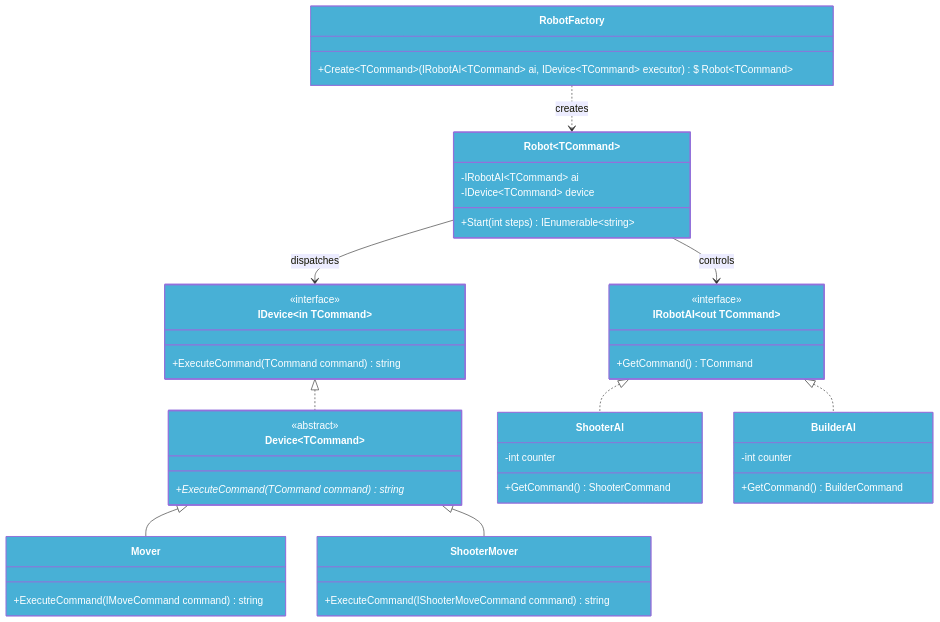
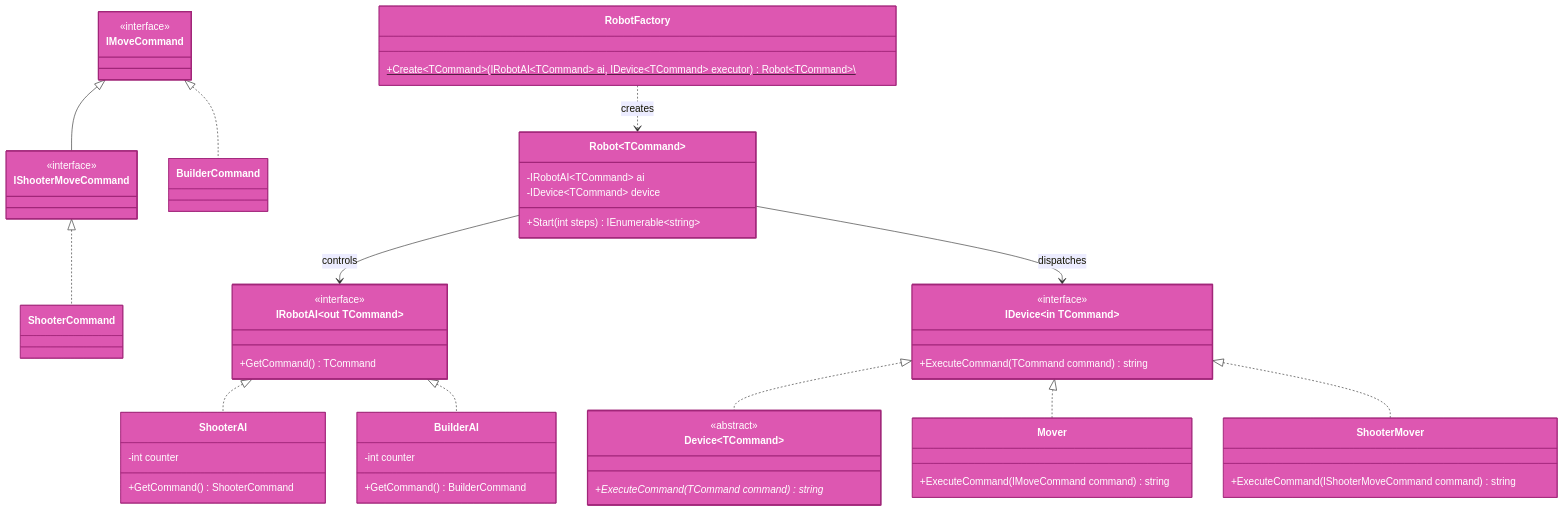
Before and after one commit to Goshanije/educational-practice: the diagram in robots.md, drawn with Mermaid.

````diff
--- a/robots.md
+++ b/robots.md
@@ -1,6 +1,20 @@
 ```mermaid
 classDiagram
     direction TB
+
+    class IMoveCommand {
+        <<interface>>
+    }
+
+    class IShooterMoveCommand {
+        <<interface>>
+    }
+
+    class ShooterCommand {
+    }
+
+    class BuilderCommand {
+    }
 
     class IRobotAI~out TCommand~ {
         <<interface>>
@@ -42,26 +56,35 @@
     }
 
     class RobotFactory {
-        +Create~TCommand~(IRobotAI~TCommand~ ai, IDevice~TCommand~ executor)\$ Robot~TCommand~
+        +Create~TCommand~(IRobotAI~TCommand~ ai, IDevice~TCommand~ executor) Robot~TCommand~\$
     }
+
+    IMoveCommand <|-- IShooterMoveCommand
+    IMoveCommand <|.. BuilderCommand
+    IShooterMoveCommand <|.. ShooterCommand
 
     IRobotAI <|.. ShooterAI
     IRobotAI <|.. BuilderAI
+    
     IDevice <|.. Device
-    Device <|-- Mover
-    Device <|-- ShooterMover
+    IDevice <|.. Mover
+    IDevice <|.. ShooterMover
 
     Robot --> IRobotAI : controls
     Robot --> IDevice : dispatches
     RobotFactory ..> Robot : creates
 
-    style IRobotAI fill:#48b0d6,stroke-width:2px,color:#fff
-    style IDevice fill:#48b0d6,,stroke-width:2px,color:#fff
-    style Device fill:#48b0d6,stroke-width:2px,color:#fff
-    style ShooterAI fill:#48b0d6,stroke-width:1px,color:#fff
-    style BuilderAI fill:#48b0d6,stroke-width:1px,color:#fff
-    style Mover fill:#48b0d6,stroke-width:1px,color:#fff
-    style ShooterMover fill:#48b0d6,stroke-width:1px,color:#fff
-    style Robot fill:#48b0d6,stroke-width:2px,color:#fff
-    style RobotFactory fill:#48b0d6,stroke-width:1px,color:#fff
+    style IMoveCommand fill:#dd57b1,stroke:#a12679,stroke-width:2px,color:#fff
+    style IShooterMoveCommand fill:#dd57b1,stroke:#a12679,stroke-width:2px,color:#fff
+    style ShooterCommand fill:#dd57b1,stroke:#a12679,stroke-width:1px,color:#fff
+    style BuilderCommand fill:#dd57b1,stroke:#a12679,stroke-width:1px,color:#fff
+    style IRobotAI fill:#dd57b1,stroke:#a12679,stroke-width:2px,color:#fff
+    style IDevice fill:#dd57b1,stroke:#a12679,stroke-width:2px,color:#fff
+    style Device fill:#dd57b1,stroke:#a12679,stroke-width:2px,color:#fff
+    style ShooterAI fill:#dd57b1,stroke:#a12679,stroke-width:1px,color:#fff
+    style BuilderAI fill:#dd57b1,stroke:#a12679,stroke-width:1px,color:#fff
+    style Mover fill:#dd57b1,stroke:#a12679,stroke-width:1px,color:#fff
+    style ShooterMover fill:#dd57b1,stroke:#a12679,stroke-width:1px,color:#fff
+    style Robot fill:#dd57b1,stroke:#a12679,stroke-width:2px,color:#fff
+    style RobotFactory fill:#dd57b1,stroke:#a12679,stroke-width:1px,color:#fff
 ```
````
